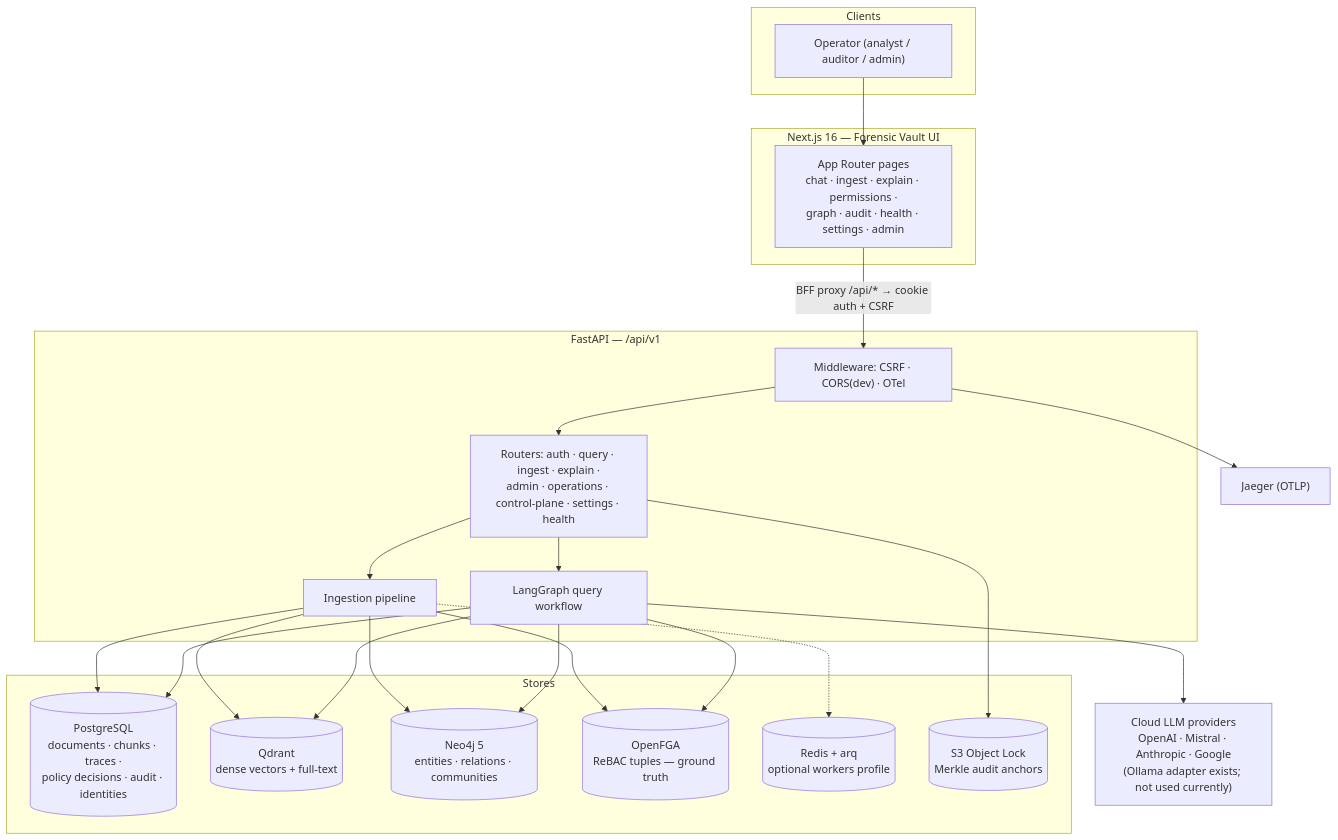
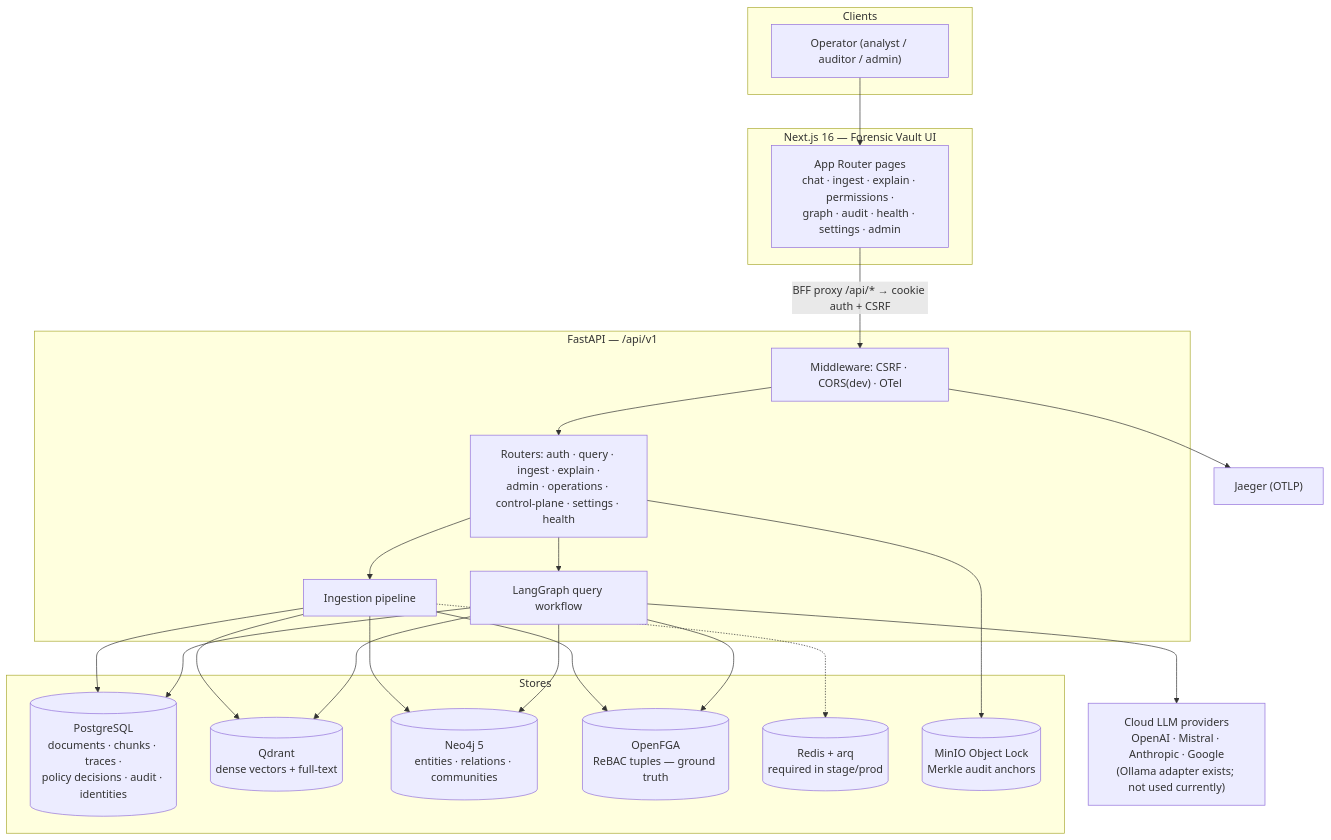
Before and after one commit to StefanoHernandez/securegraph-rag: the first of 3 diagrams in docs/technical/01-architecture.md, drawn with Mermaid. The commit also changed other lines of this file and 10 other files, not shown here.

````diff
--- a/docs/technical/01-architecture.md
+++ b/docs/technical/01-architecture.md
@@ -7,33 +7,33 @@
 ```mermaid
 flowchart TB
     subgraph Clients
         OP["Operator (analyst / auditor / admin)"]
     end
     subgraph Frontend["Next.js 16 — Forensic Vault UI"]
         UI["App Router pages<br/>chat · ingest · explain · permissions ·<br/>graph · audit · health · settings · admin"]
     end
     subgraph Backend["FastAPI — /api/v1"]
         MW["Middleware: CSRF · CORS(dev) · OTel"]
         RT["Routers: auth · query · ingest · explain ·<br/>admin · operations · control-plane · settings · health"]
         WF["LangGraph query workflow"]
         ING["Ingestion pipeline"]
     end
     subgraph Stores
         PG[("PostgreSQL<br/>documents · chunks · traces ·<br/>policy decisions · audit · identities")]
         QD[("Qdrant<br/>dense vectors + full-text")]
         NEO[("Neo4j 5<br/>entities · relations · communities")]
         FGA[("OpenFGA<br/>ReBAC tuples — ground truth")]
-        RED[("Redis + arq<br/>optional workers profile")]
-        S3[("S3 Object Lock<br/>Merkle audit anchors")]
+        RED[("Redis + arq<br/>required in stage/prod")]
+        MINIO[("MinIO Object Lock<br/>Merkle audit anchors")]
     end
     LLM["Cloud LLM providers<br/>OpenAI · Mistral · Anthropic · Google<br/>(Ollama adapter exists; not used currently)"]
     JAE["Jaeger (OTLP)"]
 
     OP --> UI -->|"BFF proxy /api/* → cookie auth + CSRF"| MW --> RT
     RT --> WF & ING
     WF --> QD & NEO & FGA & PG & LLM
     ING --> PG & QD & NEO & FGA
     ING -.-> RED
-    RT --> S3
+    RT --> MINIO
     MW --> JAE
 ```
````
